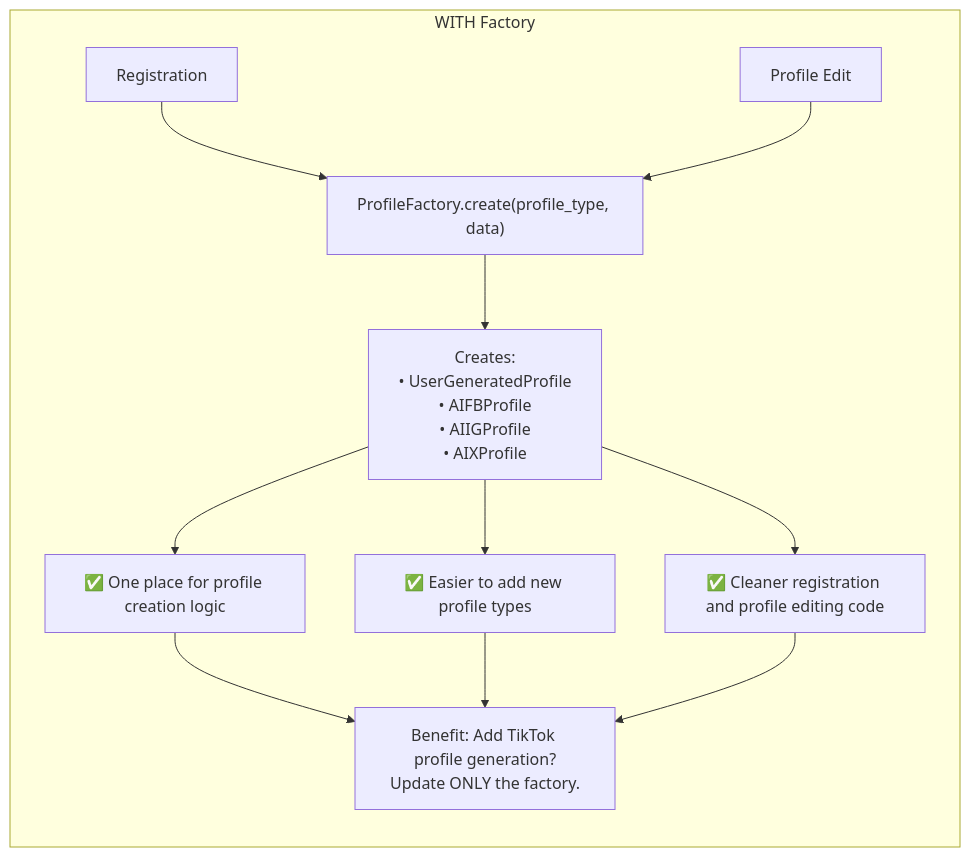
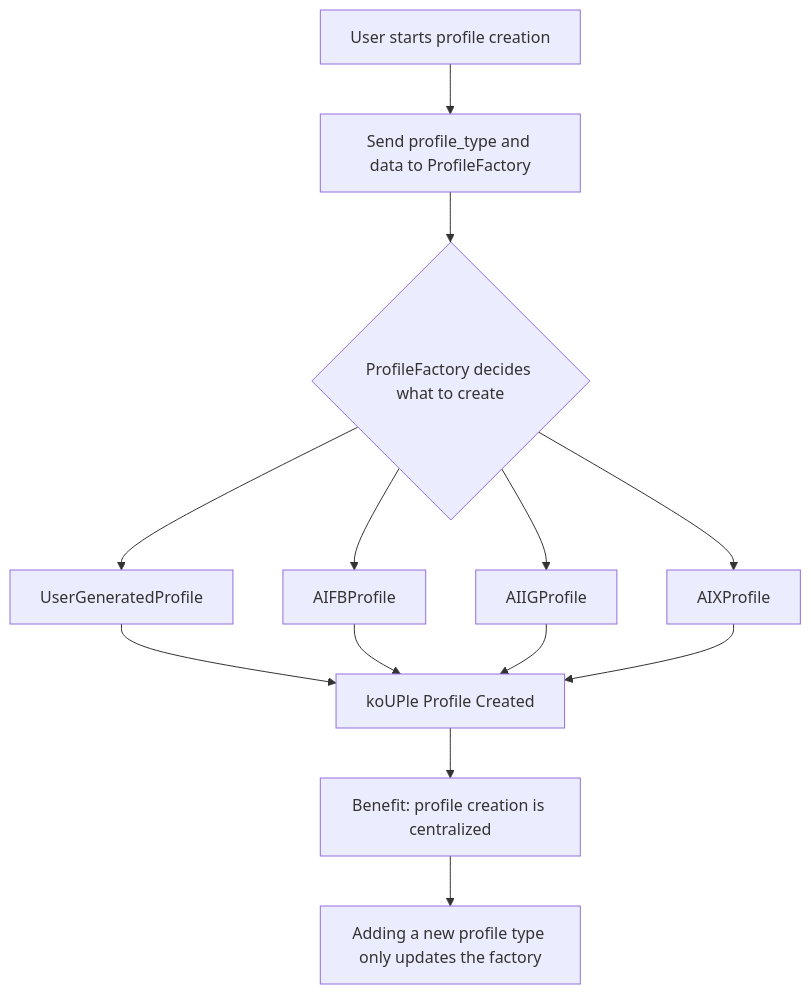
Before and after one commit to NellePot/FirstRepository: the second of 2 diagrams in README.md, drawn with Mermaid. The commit also changed other lines of this file, not shown here.

````diff
--- a/README.md
+++ b/README.md
@@ -24,19 +22,19 @@
 ```mermaid
 flowchart TD
-    subgraph WF["WITH Factory"]
-        direction TB
+    A[User starts profile creation] --> B[Send profile_type and data to ProfileFactory]
 
-        A[Registration] --> C["ProfileFactory.create(profile_type, data)"]
-        B[Profile Edit] --> C
+    B --> C{ProfileFactory decides what to create}
 
-        C --> D["Creates:<br/>• UserGeneratedProfile<br/>• AIFBProfile<br/>• AIIGProfile<br/>• AIXProfile"]
+    C --> D[UserGeneratedProfile]
+    C --> E[AIFBProfile]
+    C --> F[AIIGProfile]
+    C --> G[AIXProfile]
 
-        D --> E["✅ One place for profile creation logic"]
-        D --> F["✅ Easier to add new profile types"]
-        D --> G["✅ Cleaner registration and profile editing code"]
+    D --> H[koUPle Profile Created]
+    E --> H
+    F --> H
+    G --> H
 
-        E --> H["Benefit: Add TikTok profile generation?<br/>Update ONLY the factory."]
-        F --> H
-        G --> H
-    end
+    H --> I[Benefit: profile creation is centralized]
+    I --> J[Adding a new profile type only updates the factory]
 ```
````
